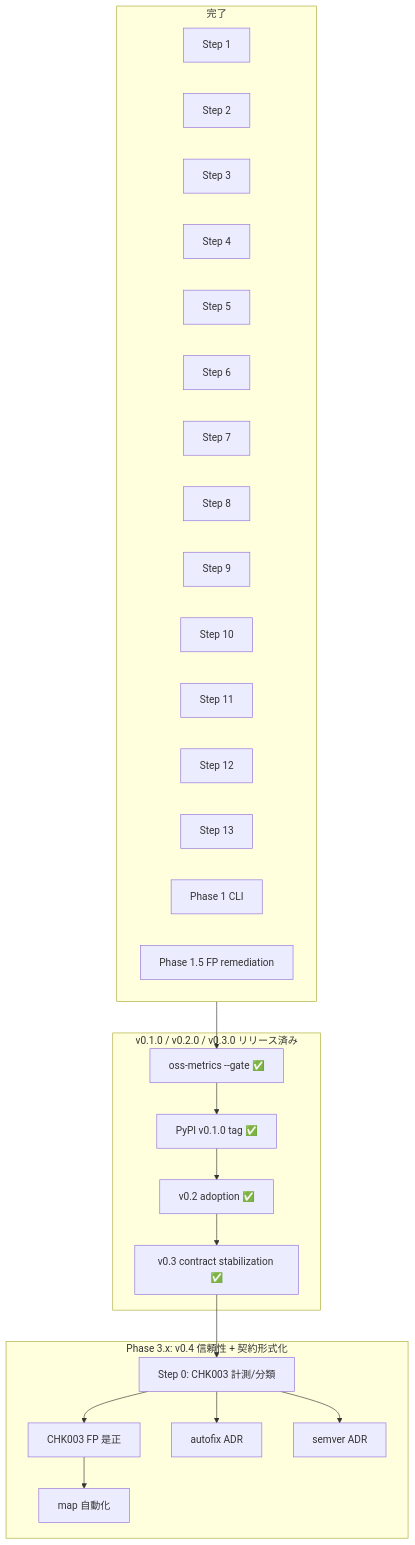
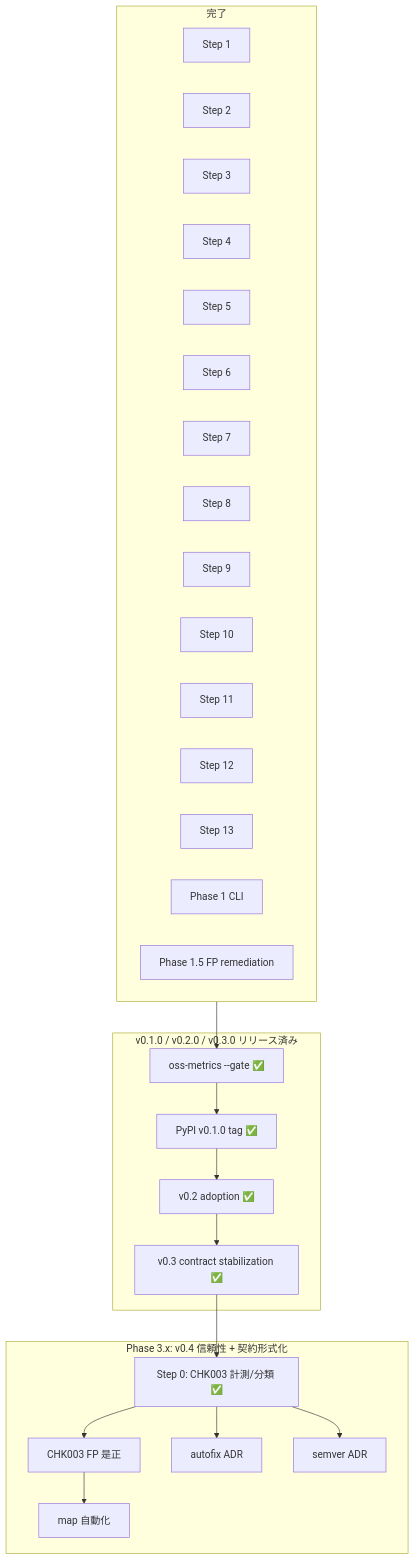
One commit to watany-dev/chokkin changed the diagram in docs/dev/plans/README.md. Above: the diagram before and after it, drawn with Mermaid. The commit also changed other lines of this file and 4 other files, not shown here.

First line of the commit message:
feat(metrics): complete Step 0 CHK003 triage and coverage stocktake

````diff
--- a/docs/dev/plans/README.md
+++ b/docs/dev/plans/README.md
@@ -42,45 +42,45 @@
 ```mermaid
 flowchart TB
   subgraph done [完了]
     S1[Step 1]
     S2[Step 2]
     S3[Step 3]
     S4[Step 4]
     S5[Step 5]
     S6[Step 6]
     S7[Step 7]
     S8[Step 8]
     S9[Step 9]
     S10[Step 10]
     S11[Step 11]
     S12[Step 12]
     S13[Step 13]
     P1[Phase 1 CLI]
     P15[Phase 1.5 FP remediation]
   end
 
   subgraph released [v0.1.0 / v0.2.0 / v0.3.0 リリース済み]
     GATE[oss-metrics --gate ✅]
     TAG[PyPI v0.1.0 tag ✅]
     V02[v0.2 adoption ✅]
     V03[v0.3 contract stabilization ✅]
   end
 
   subgraph current [Phase 3.x: v0.4 信頼性 + 契約形式化]
-    CHK003[Step 0: CHK003 計測/分類]
+    CHK003[Step 0: CHK003 計測/分類 ✅]
     A1[CHK003 FP 是正]
     A2[map 自動化]
     B1[autofix ADR]
     B2[semver ADR]
   end
 
   done --> GATE
   GATE --> TAG
   TAG --> V02
   V02 --> V03
   V03 --> CHK003
   CHK003 --> A1
   CHK003 --> B1
   A1 --> A2
   CHK003 --> B2
 ```
````
